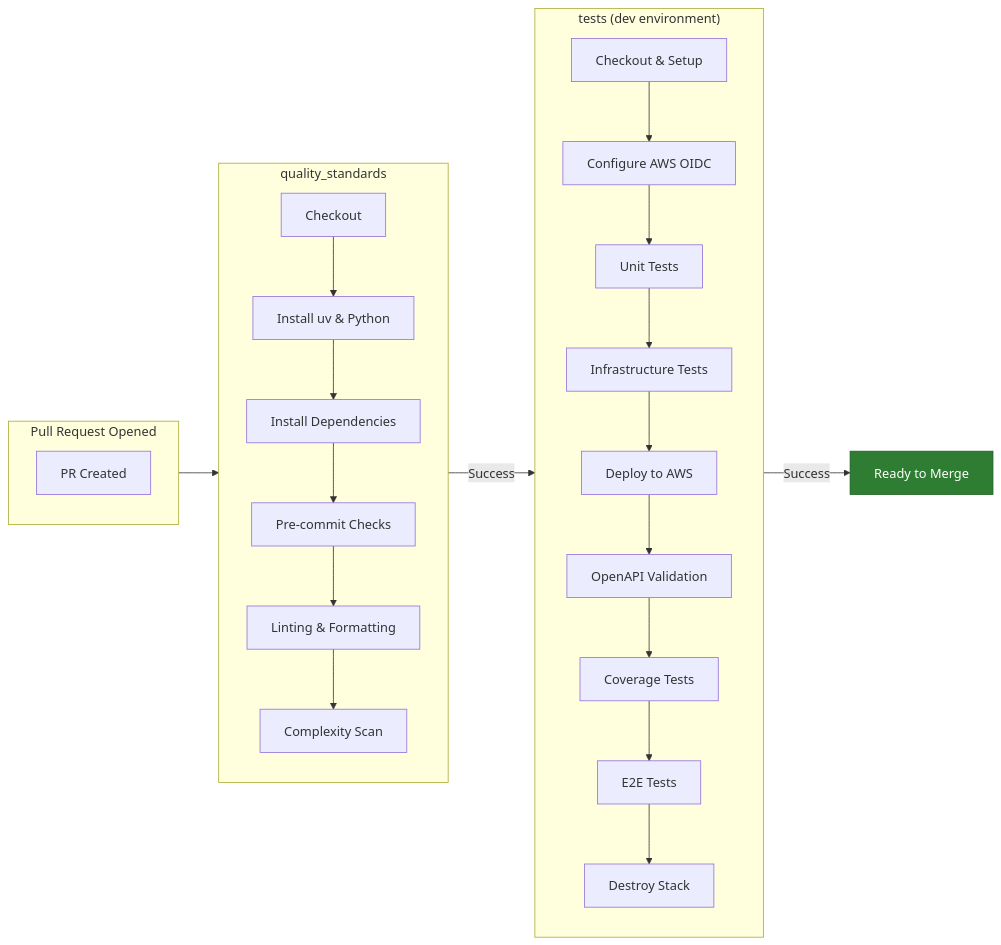
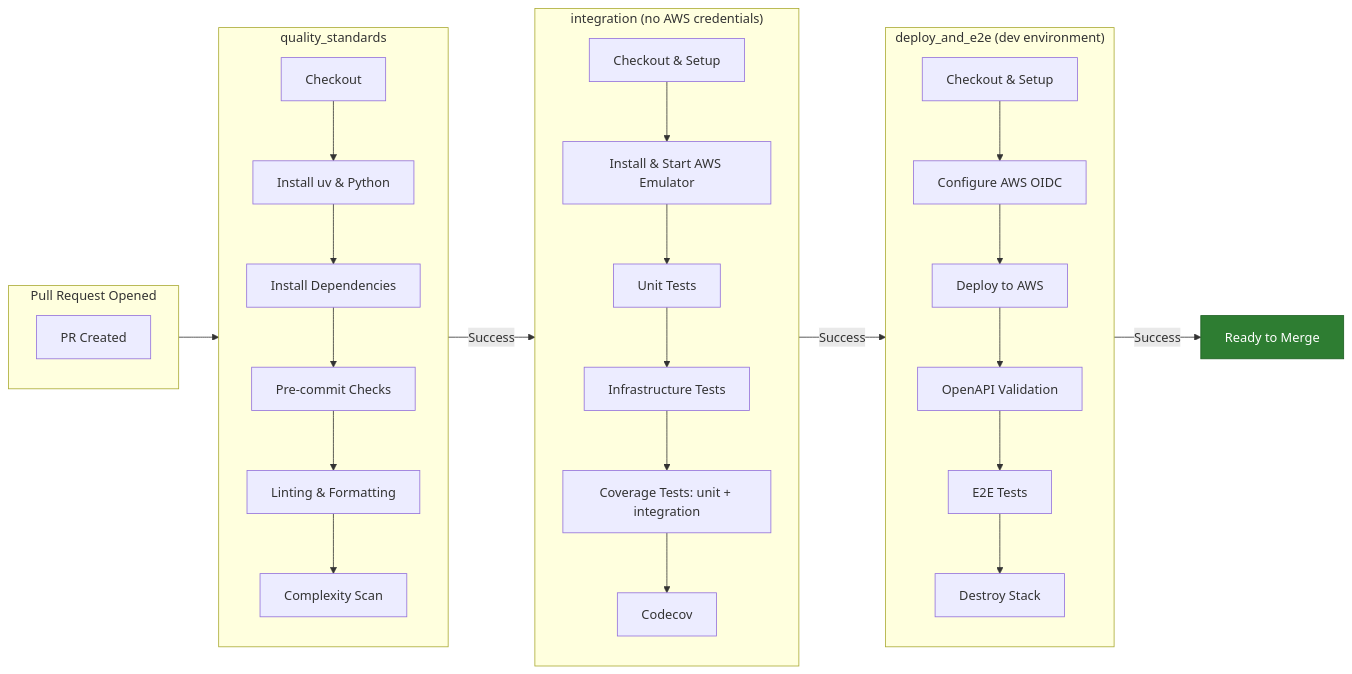
One commit to ran-isenberg/aws-lambda-handler-cookbook changed the first of 2 diagrams in docs/pipeline.md. Above: the diagram before and after it, drawn with Mermaid. The commit also changed other lines of this file and 27 other files, not shown here.

First line of the commit message:
feature: run integration tests against AWS Emulator

````diff
--- a/docs/pipeline.md
+++ b/docs/pipeline.md
@@ -57,35 +56,42 @@
 ```mermaid
 flowchart LR
     subgraph PR["Pull Request Opened"]
         direction TB
         A[PR Created]
     end
 
     subgraph QS["quality_standards"]
         direction TB
         B1[Checkout] --> B2[Install uv & Python]
         B2 --> B3[Install Dependencies]
         B3 --> B4[Pre-commit Checks]
         B4 --> B5[Linting & Formatting]
         B5 --> B6[Complexity Scan]
     end
 
-    subgraph Tests["tests (dev environment)"]
+    subgraph Integration["integration (no AWS credentials)"]
+        direction TB
+        I1[Checkout & Setup] --> I2[Install & Start AWS Emulator]
+        I2 --> I3[Unit Tests]
+        I3 --> I4[Infrastructure Tests]
+        I4 --> I5[Coverage Tests: unit + integration]
+        I5 --> I6[Codecov]
+    end
+
+    subgraph Tests["deploy_and_e2e (dev environment)"]
         direction TB
         C1[Checkout & Setup] --> C2[Configure AWS OIDC]
-        C2 --> C3[Unit Tests]
-        C3 --> C4[Infrastructure Tests]
-        C4 --> C5[Deploy to AWS]
-        C5 --> C6[OpenAPI Validation]
-        C6 --> C7[Coverage Tests]
-        C7 --> C8[E2E Tests]
-        C8 --> C9[Destroy Stack]
+        C2 --> C3[Deploy to AWS]
+        C3 --> C4[OpenAPI Validation]
+        C4 --> C5[E2E Tests]
+        C5 --> C6[Destroy Stack]
     end
 
     PR --> QS
-    QS -->|Success| Tests
+    QS -->|Success| Integration
+    Integration -->|Success| Tests
     Tests -->|Success| D[Ready to Merge]
 
     classDef success fill:#2E7D32,stroke:#1B5E20,color:#fff
     class D success
 ```
````
